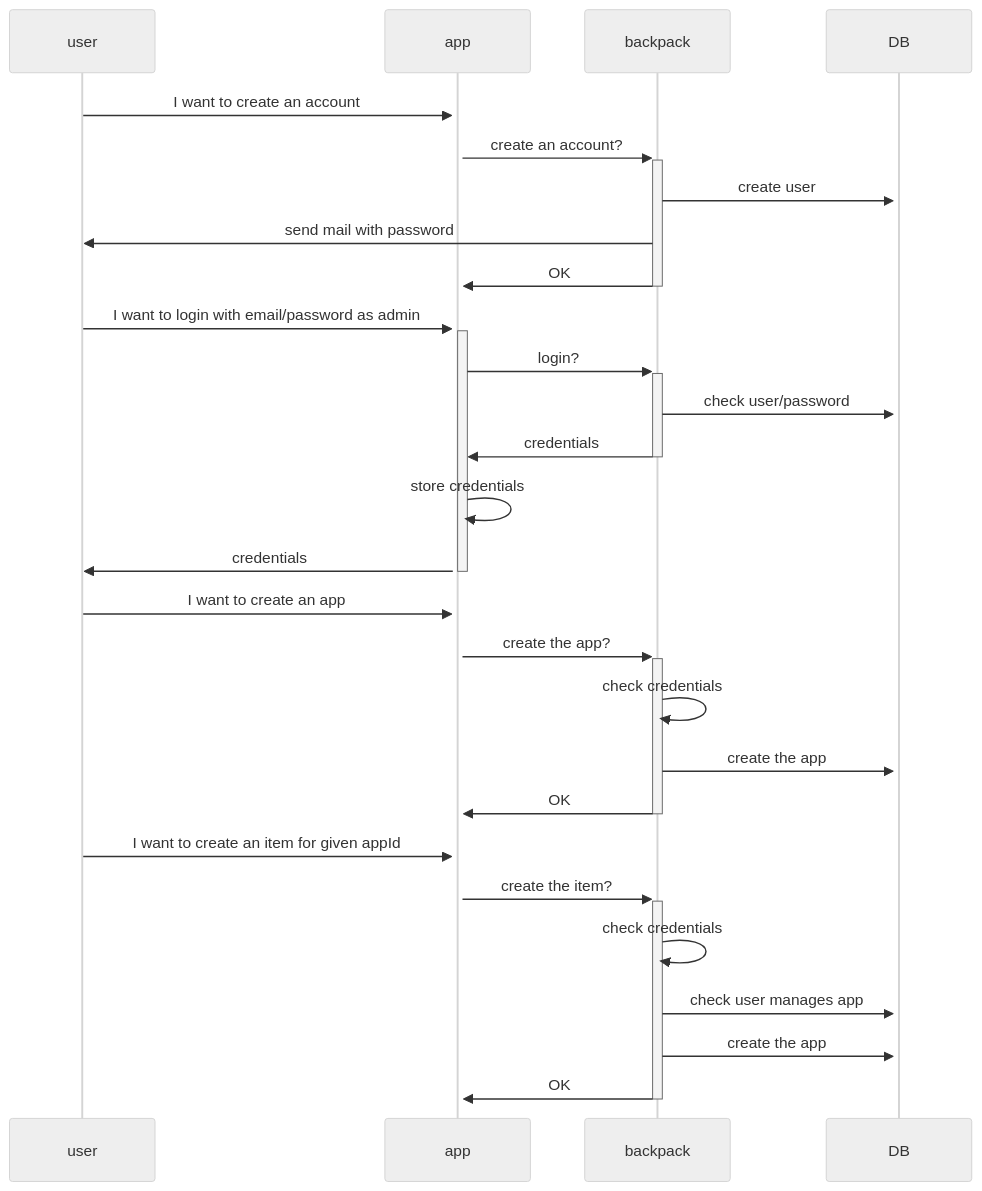
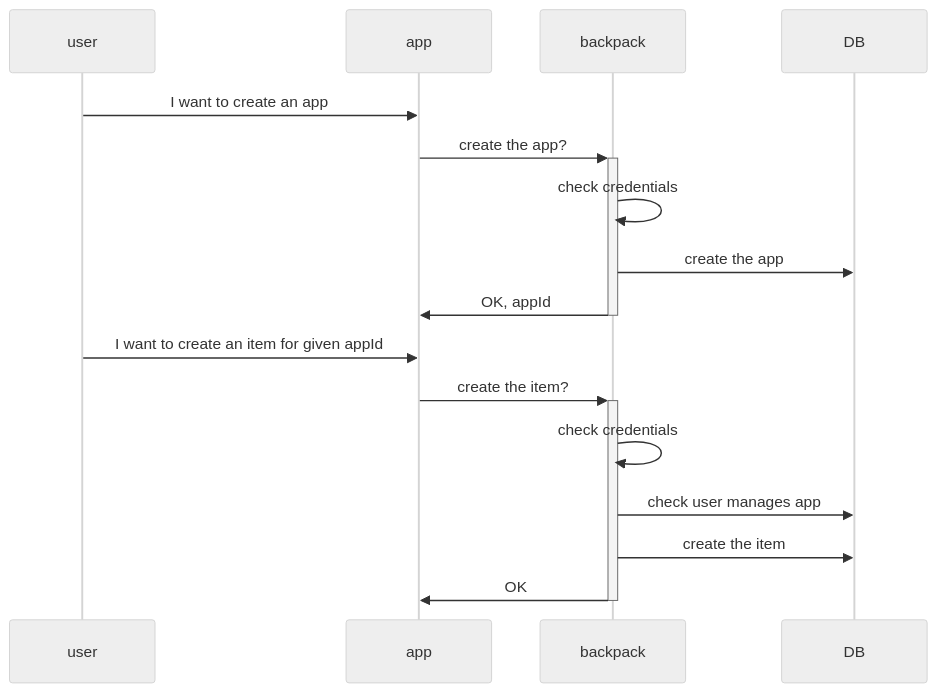
Before and after one commit to Vrixyz/backpack: the third of 5 diagrams in crates/backpack-server/docs/sequence.md, drawn with Mermaid (neutral theme). The commit also changed other lines of this file and 1 other file, not shown here.

Commit message:
sequence diagram as user

````diff
--- a/crates/backpack-server/docs/sequence.md
+++ b/crates/backpack-server/docs/sequence.md
@@ -10,28 +33,15 @@
 ```mermaid
 sequenceDiagram
-    user->>+app: I want to create an account
-    app->>+backpack: create an account?
-    backpack->>+DB: create user
-    backpack->>user:  send mail with password
-    backpack->>-app: OK
-
-    user->>+app: I want to login with email/password as admin
-    app->>+backpack: login?
-    backpack->>DB: check user/password
-    backpack->>-app: credentials
-    app->>app: store credentials
-    app->>-user: credentials
-
     user->>app: I want to create an app
     app->>+backpack: create the app?
     backpack->>backpack: check credentials
     backpack->>DB: create the app
-    backpack->>-app: OK
+    backpack->>-app: OK, appId
 
     user->>app: I want to create an item for given appId
     app->>+backpack: create the item?
     backpack->>backpack: check credentials
     backpack->>DB: check user manages app
-    backpack->>DB: create the app
+    backpack->>DB: create the item
     backpack->>-app: OK
 ```
````
